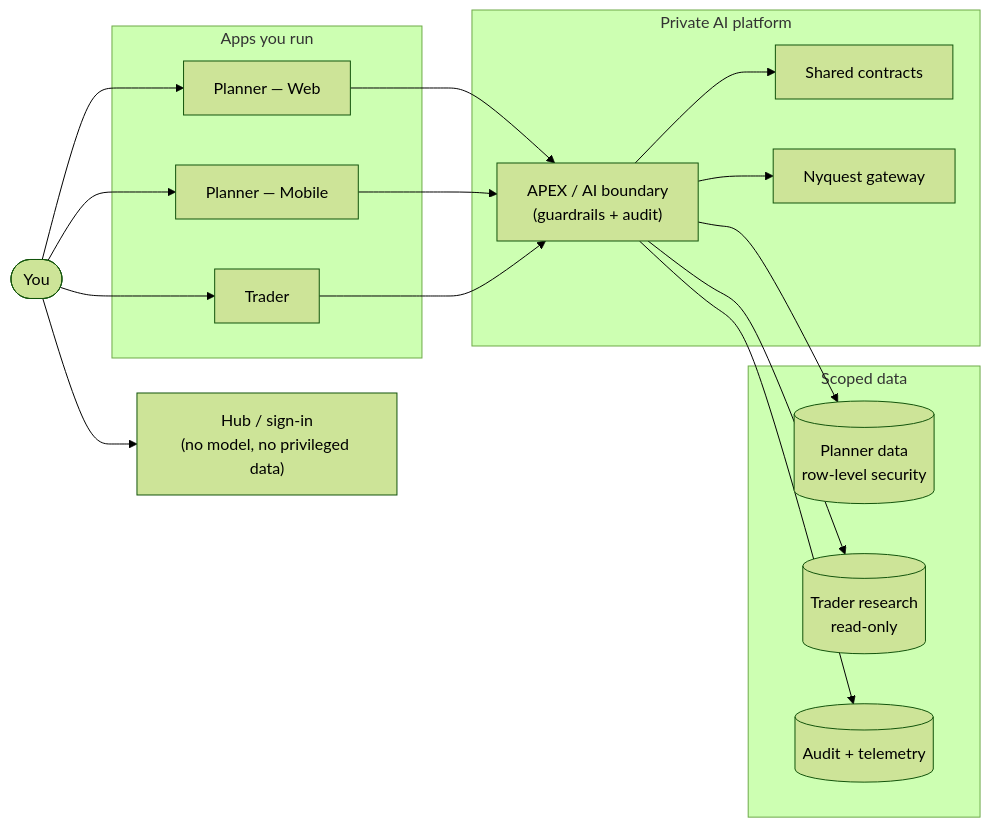
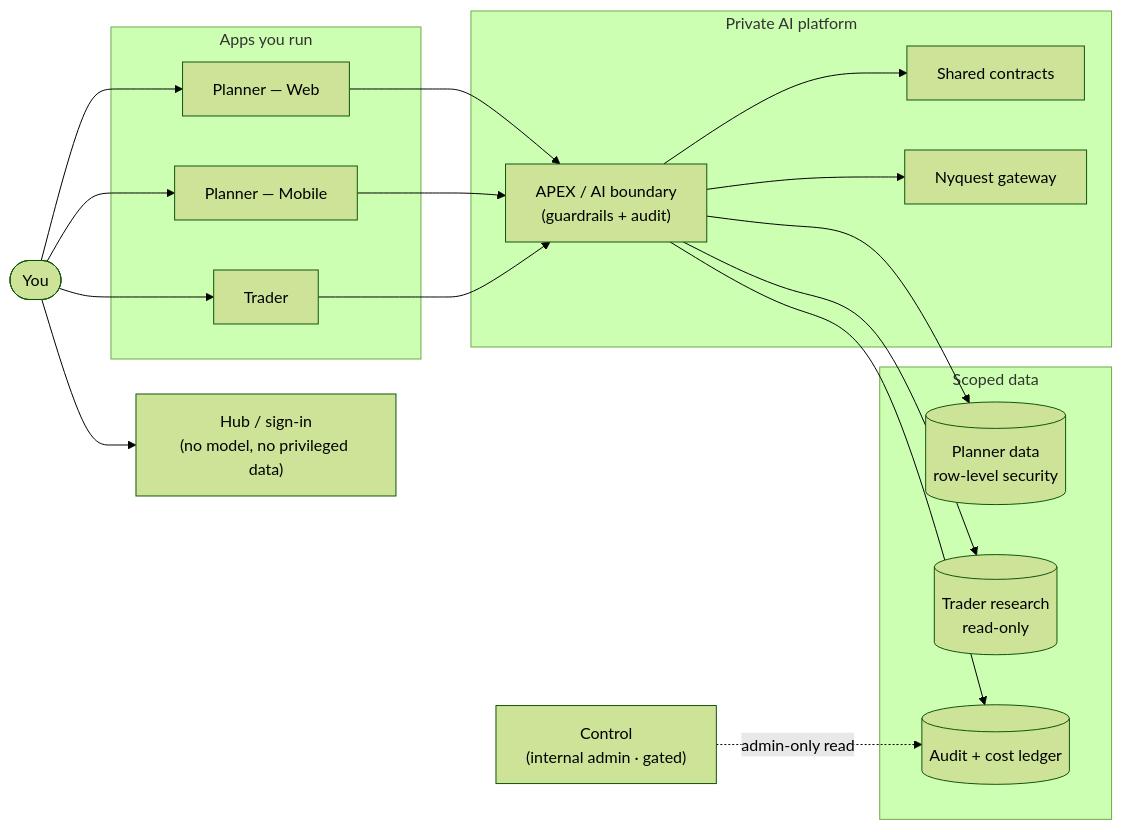
One commit to bjjlops/ASCEND-Showcase changed the diagram in README.md. Above: the diagram before and after it, drawn with Mermaid (forest theme). The commit also changed 5 other files, not shown here.

First line of the commit message:
docs(architecture): document the internal control plane + AI cost ledger

````diff
--- a/README.md
+++ b/README.md
@@ -112,33 +112,35 @@
 ```mermaid
 flowchart LR
   User(["You"])
 
   subgraph Apps["Apps you run"]
     Web["Planner — Web"]
     Mobile["Planner — Mobile"]
     Trader["Trader"]
   end
 
   subgraph Platform["Private AI platform"]
     APEX["APEX / AI boundary<br/>(guardrails + audit)"]
     Contracts["Shared contracts"]
     Gateway["Nyquest gateway"]
   end
 
   subgraph Data["Scoped data"]
     PlannerDB[("Planner data<br/>row-level security")]
     Research[("Trader research<br/>read-only")]
-    Audit[("Audit + telemetry")]
+    Audit[("Audit + cost ledger")]
   end
 
   Hub["Hub / sign-in<br/>(no model, no privileged data)"]
+  Control["Control<br/>(internal admin · gated)"]
 
   User --> Hub
   User --> Web & Mobile & Trader
   Web & Mobile & Trader --> APEX
   APEX --> Contracts
   APEX --> Gateway
   APEX --> PlannerDB
   APEX --> Research
   APEX --> Audit
+  Control -. "admin-only read" .-> Audit
 ```
````
